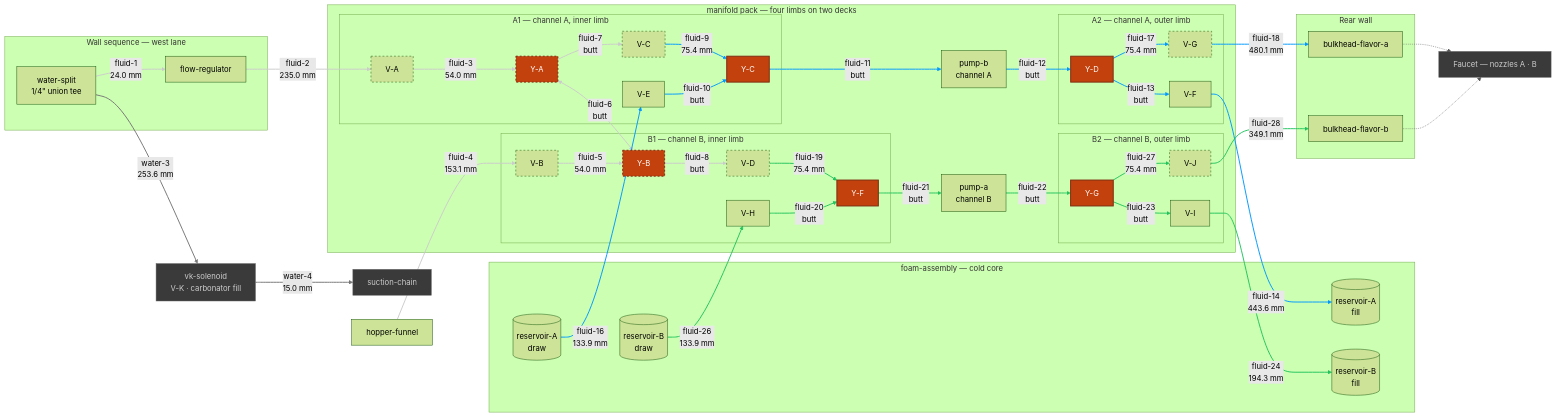
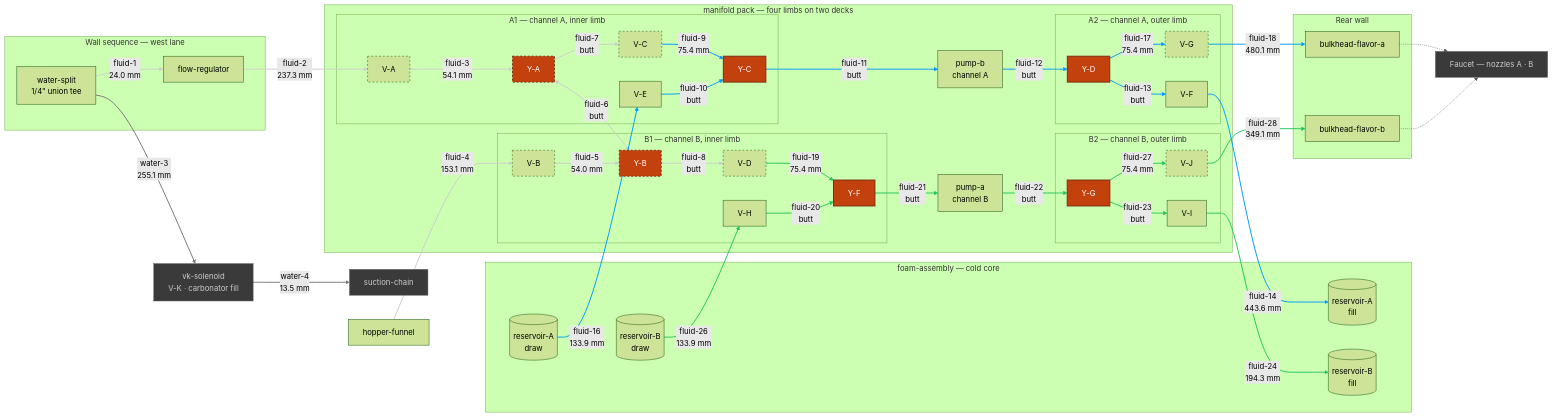
Before and after one commit to derekbreden/homesodamachine: the diagram in hardware/topology/fluid-topology-manifold.mmd, drawn with Mermaid (forest theme). The commit also changed 19 other files, not shown here.

```diff
--- a/hardware/topology/fluid-topology-manifold.mmd
+++ b/hardware/topology/fluid-topology-manifold.mmd
@@ -14,7 +14,7 @@
   %% [26](SEGMENT_COUNT) flavor segments. [11](BUTT_COUNT) are collet butted to collet and carry
   %% no tube at all; [9](DRAWN_COUNT) are swept runs between placed bodies; the rest are the
   %% hinge's four hairpins and the source pair's two quarter-and-step turns. What is cut comes to
-  %% [2556.6 mm](FLUID_TOTAL) of 1/4" LLDPE over [40](FLUID_BENDS) corners, and the longest is
+  %% [2559.0 mm](FLUID_TOTAL) of 1/4" LLDPE over [40](FLUID_BENDS) corners, and the longest is
   %% [fluid-18](LONGEST_ID) at [480.1 mm](LONGEST_LEN). [0](OPEN_COUNT) are mouths with nothing
   %% on the far end of them: EVERY FLAVOR SEGMENT IN THIS CHART IS MADE. The hopper's gravity
   %% drain is drawn like the rest — the funnel is seated in the box rather than placed in the
@@ -115,8 +115,8 @@
   %% V-B come off the folded deck's plane on a quarter turn of R14, then step 28 mm further along
   %% the run and 14 mm across it, toward the cold core's crown.
   Split -->|"fluid-1<br/>24.0 mm"| FlowReg
-  FlowReg -->|"fluid-2<br/>235.0 mm"| VA
-  VA -->|"fluid-3<br/>54.0 mm"| YA
+  FlowReg -->|"fluid-2<br/>237.3 mm"| VA
+  VA -->|"fluid-3<br/>54.1 mm"| YA
   Hopper -->|"fluid-4<br/>153.1 mm"| VB
   VB -->|"fluid-5<br/>54.0 mm"| YB
   YA <-->|"fluid-6<br/>butt"| YB
@@ -162,8 +162,8 @@
   %% V-K gates the carbonator fill off the same split fluid-1 leaves. It stands on the cold core's
   %% crown, east of the SeaFlo, and water-3 is the one run in the assembly that crosses the whole
   %% machine — the split is in the west lane, V-K is on the east, and its inlet faces forward.
-  Split -->|"water-3<br/>253.6 mm"| VK
-  VK -->|"water-4<br/>15.0 mm"| SuctChain
+  Split -->|"water-3<br/>255.1 mm"| VK
+  VK -->|"water-4<br/>13.5 mm"| SuctChain
 
   %% =========================
   %% Beyond the box
```
